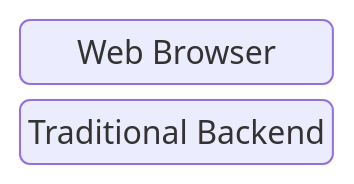
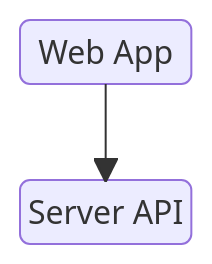
The first of 2 diagrams in docs/start/concepts/whatis.md (MagicIdentity/Developers), drawn with Mermaid before and after one commit. The commit also changed other lines of this file and 3 other files, not shown here.

````diff
--- a/docs/start/concepts/whatis.md
+++ b/docs/start/concepts/whatis.md
@@ -16,6 +15,8 @@
 ```mermaid
 block-beta
     columns 1
-    id1("Web Browser")
-    id3("Traditional Backend")
+    a("Web App")
+    space
+    b("Server API")
+    a-->b
 ```
````
